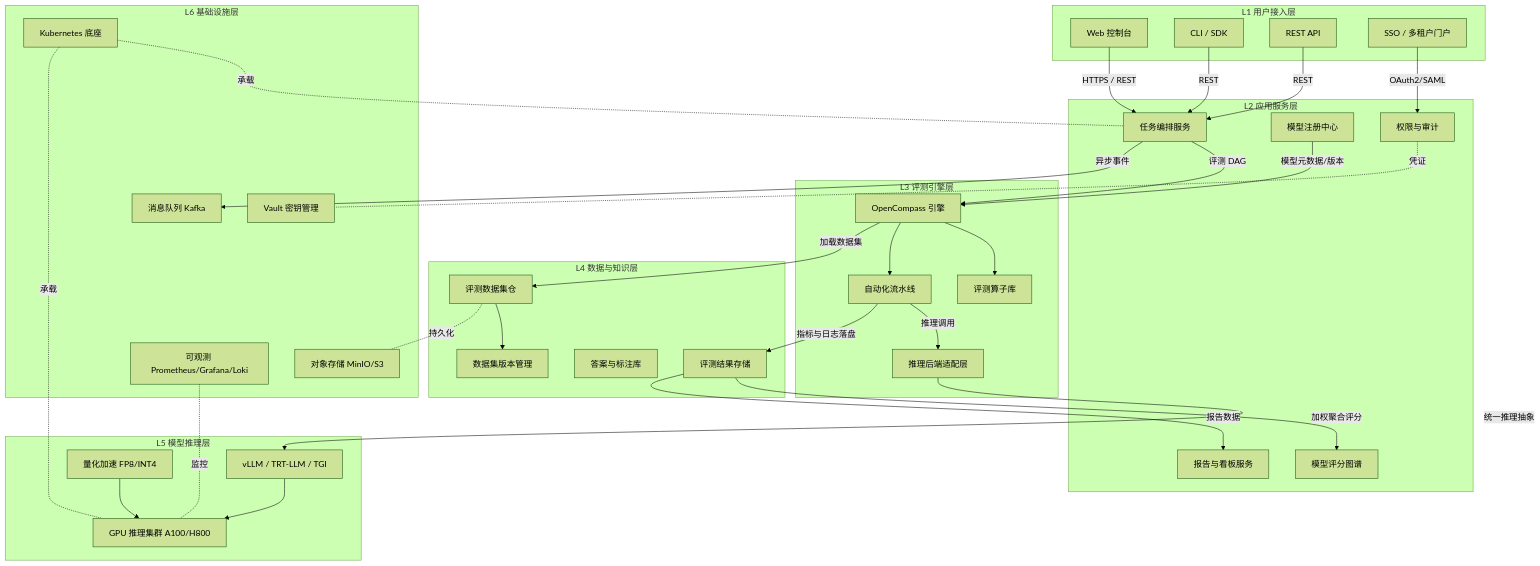
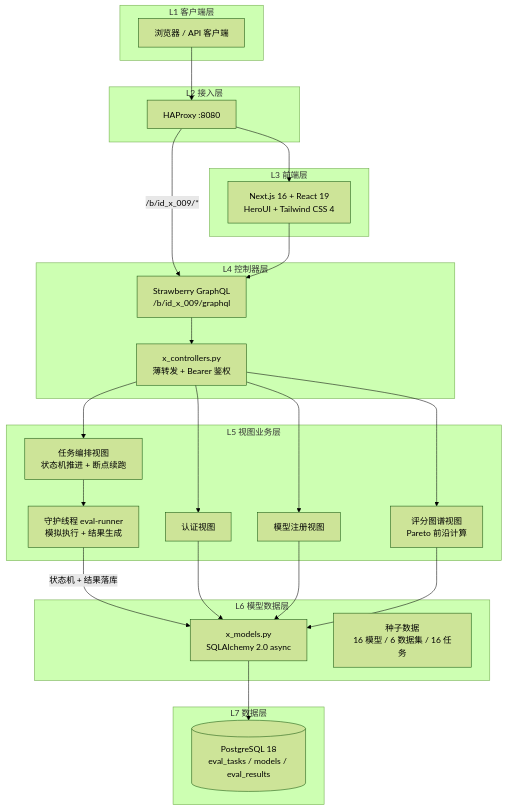
Before and after one commit to i-TorchLabs/id_x_009: the first of 2 diagrams in README.md, drawn with Mermaid (forest theme). The commit also changed other lines of this file, not shown here.

````diff
--- a/README.md
+++ b/README.md
@@ -74,69 +71,52 @@
 ```mermaid
 graph TD
-    subgraph L1["L1 用户接入层"]
-        UI["Web 控制台"]
-        CLI["CLI / SDK"]
-        API_IN["REST API"]
-        SSO["SSO / 多租户门户"]
+    subgraph L1["L1 客户端层"]
+        Browser["浏览器 / API 客户端"]
     end
 
-    subgraph L2["L2 应用服务层"]
-        ORCH["任务编排服务"]
-        REG["模型注册中心"]
-        RPT["报告与看板服务"]
-        GRAPH["模型评分图谱"]
-        AUTH["权限与审计"]
+    subgraph L2["L2 接入层"]
+        HAProxy["HAProxy :8080"]
     end
 
-    subgraph L3["L3 评测引擎层"]
-        OC["OpenCompass 引擎"]
-        OPS["评测算子库"]
-        ADAPT["推理后端适配层"]
-        PIPE["自动化流水线"]
+    subgraph L3["L3 前端层"]
+        Next["Next.js 16 + React 19<br/>HeroUI + Tailwind CSS 4"]
     end
 
-    subgraph L4["L4 数据与知识层"]
-        DS["评测数据集仓"]
-        DSV["数据集版本管理"]
-        ANS["答案与标注库"]
-        RES["评测结果存储"]
+    subgraph L4["L4 控制器层"]
+        Ctrl["x_controllers.py<br/>薄转发 + Bearer 鉴权"]
+        GQL["Strawberry GraphQL<br/>/b/id_x_009/graphql"]
     end
 
-    subgraph L5["L5 模型推理层"]
-        GPU["GPU 推理集群 A100/H800"]
-        VLLM["vLLM / TRT-LLM / TGI"]
-        QUANT["量化加速 FP8/INT4"]
+    subgraph L5["L5 视图业务层"]
+        Auth["认证视图"]
+        Reg["模型注册视图"]
+        Orch["任务编排视图<br/>状态机推进 + 断点续跑"]
+        Graph["评分图谱视图<br/>Pareto 前沿计算"]
+        Runner["守护线程 eval-runner<br/>模拟执行 + 结果生成"]
     end
 
-    subgraph L6["L6 基础设施层"]
-        K8S["Kubernetes 底座"]
-        S3["对象存储 MinIO/S3"]
-        MQ["消息队列 Kafka"]
-        OBS["可观测 Prometheus/Grafana/Loki"]
-        VAULT["Vault 密钥管理"]
+    subgraph L6["L6 模型数据层"]
+        Model["x_models.py<br/>SQLAlchemy 2.0 async"]
+        Seed["种子数据<br/>16 模型 / 6 数据集 / 16 任务"]
     end
 
-    UI -->|"HTTPS / REST"| ORCH
-    CLI -->|"REST"| ORCH
-    API_IN -->|"REST"| ORCH
-    SSO -->|"OAuth2/SAML"| AUTH
-    ORCH -->|"评测 DAG"| OC
-    REG -->|"模型元数据/版本"| OC
-    OC --> OPS
-    OC --> PIPE
-    PIPE -->|"推理调用"| ADAPT
-    ADAPT -->|"统一推理抽象"| VLLM
-    VLLM --> GPU
-    QUANT --> GPU
-    OC -->|"加载数据集"| DS
-    DS --> DSV
-    PIPE -->|"指标与日志落盘"| RES
-    RES -->|"加权聚合评分"| GRAPH
-    RES -->|"报告数据"| RPT
-    ORCH -->|"异步事件"| MQ
-    K8S -.承载.- ORCH
-    K8S -.承载.- GPU
-    DS -.持久化.- S3
-    AUTH -.凭证.- VAULT
-    OBS -.监控.- GPU
+    subgraph L7["L7 数据层"]
+        PG[("PostgreSQL 18<br/>eval_tasks / models / eval_results")]
+    end
+
+    Browser --> HAProxy
+    HAProxy --> Next
+    HAProxy -->|" /b/id_x_009/* "| GQL
+    Next --> GQL
+    GQL --> Ctrl
+    Ctrl --> Auth
+    Ctrl --> Reg
+    Ctrl --> Orch
+    Ctrl --> Graph
+    Orch --> Runner
+    Runner -->|"状态机 + 结果落库"| Model
+    Auth --> Model
+    Reg --> Model
+    Graph --> Model
+    Model --> PG
 ```
````
